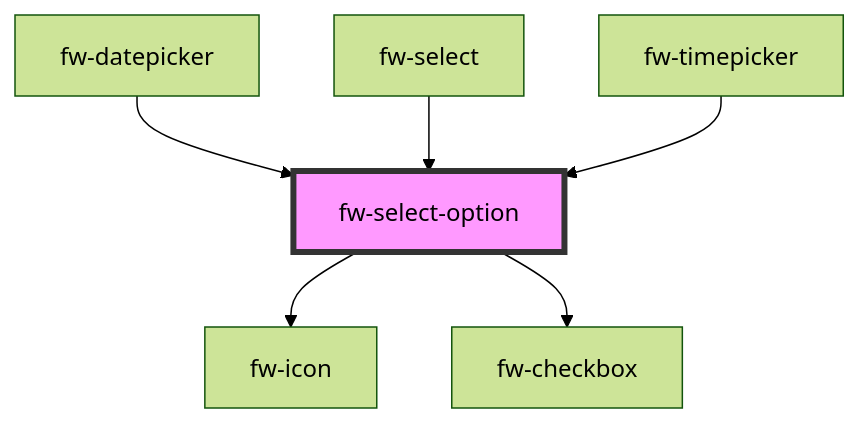
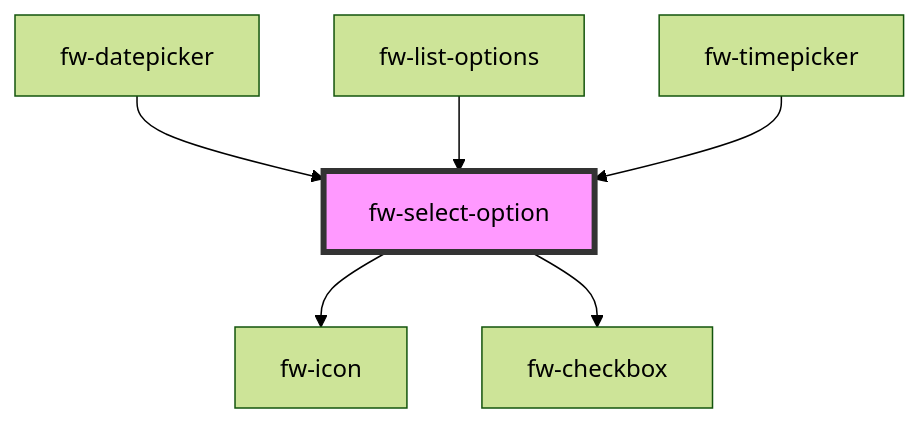
One commit to freshworks/crayons changed the diagram in packages/crayons-core/src/components/select-option/readme.md. Above: the diagram before and after it, drawn with Mermaid (forest theme). The commit also changed other lines of this file and 7 other files, not shown here.

````diff
--- a/packages/crayons-core/src/components/select-option/readme.md
+++ b/packages/crayons-core/src/components/select-option/readme.md
@@ -76,9 +83,9 @@
 ```mermaid
 graph TD;
   fw-select-option --> fw-icon
   fw-select-option --> fw-checkbox
   fw-datepicker --> fw-select-option
-  fw-select --> fw-select-option
+  fw-list-options --> fw-select-option
   fw-timepicker --> fw-select-option
   style fw-select-option fill:#f9f,stroke:#333,stroke-width:4px
 ```
````
